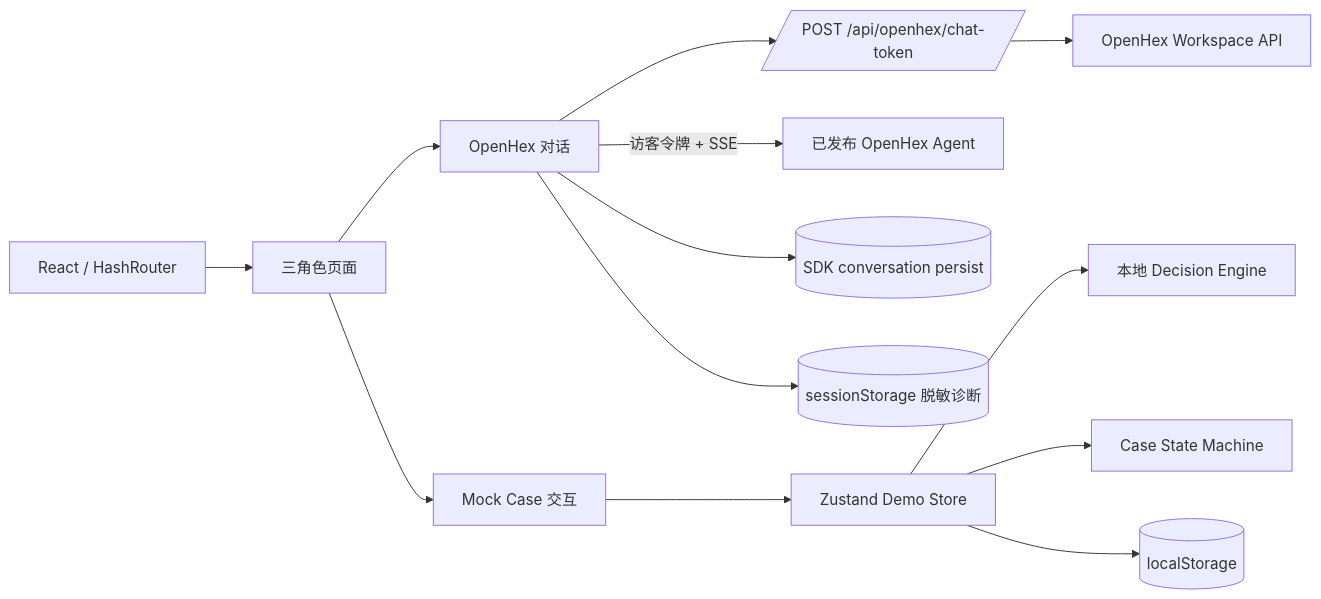
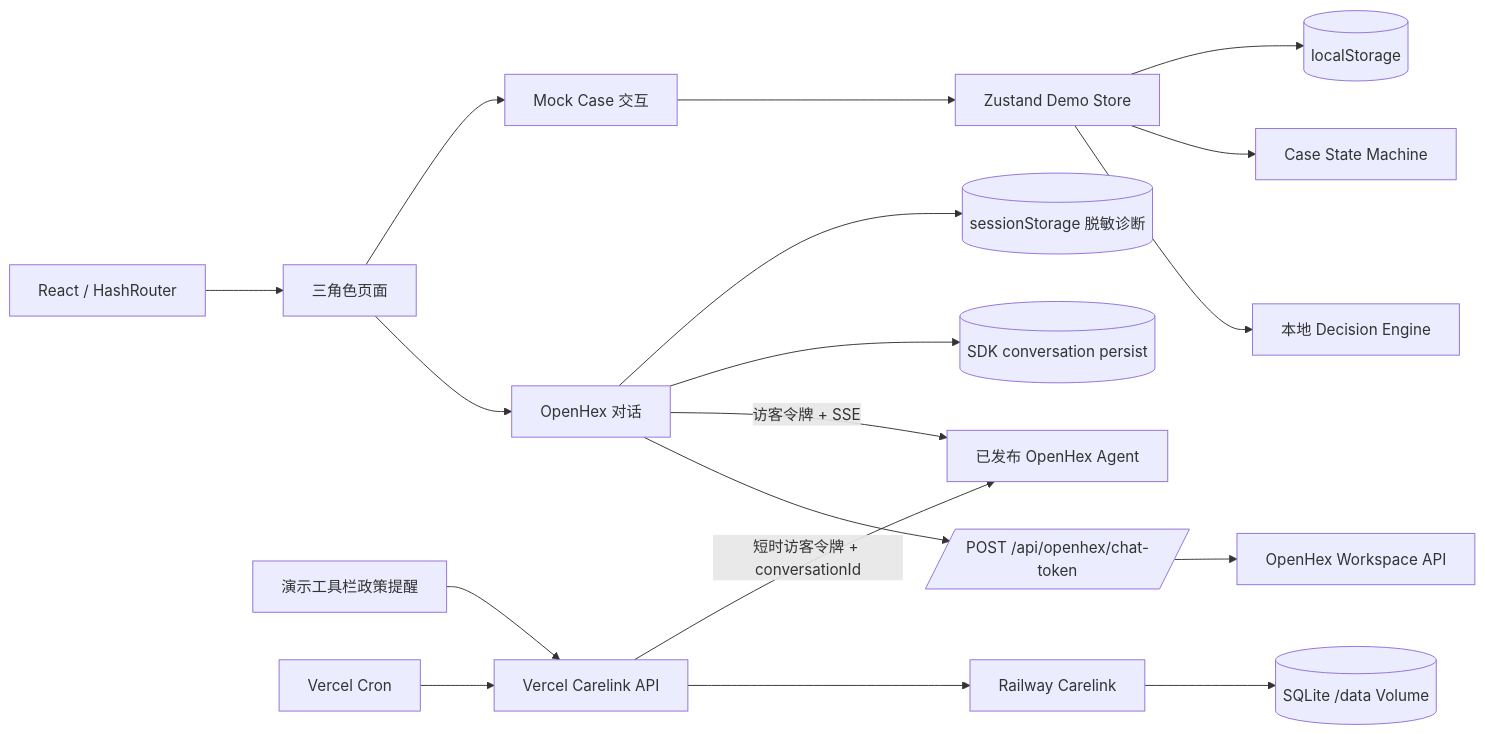
Before and after one commit to McdonaldsQueen/anxu-eldercare-demo: the first of 2 diagrams in docs/architecture.md, drawn with Mermaid. The commit also changed other lines of this file and 48 other files, not shown here.

Commit message:
Integrate Carelink policy reminders

````diff
--- a/docs/architecture.md
+++ b/docs/architecture.md
@@ -5,15 +5,20 @@
 ```mermaid
 flowchart LR
   Browser[React / HashRouter] --> Pages[三角色页面]
   Pages --> AgentUI[OpenHex 对话]
   Pages --> MockUI[Mock Case 交互]
   AgentUI --> Token[/POST /api/openhex/chat-token/]
   Token --> Workspace[OpenHex Workspace API]
   AgentUI -->|访客令牌 + SSE| Agent[已发布 OpenHex Agent]
+  Toolbar[演示工具栏政策提醒] --> CareApi[Vercel Carelink API]
+  Cron[Vercel Cron] --> CareApi
+  CareApi --> Railway[Railway Carelink]
+  Railway --> PolicyDB[(SQLite /data Volume)]
+  CareApi -->|短时访客令牌 + conversationId| Agent
   MockUI --> Store[Zustand Demo Store]
   Store --> Decision[本地 Decision Engine]
   Store --> Machine[Case State Machine]
   Store --> Local[(localStorage)]
   AgentUI --> Session[(SDK conversation persist)]
   AgentUI --> Diagnostics[(sessionStorage 脱敏诊断)]
 ```
````
